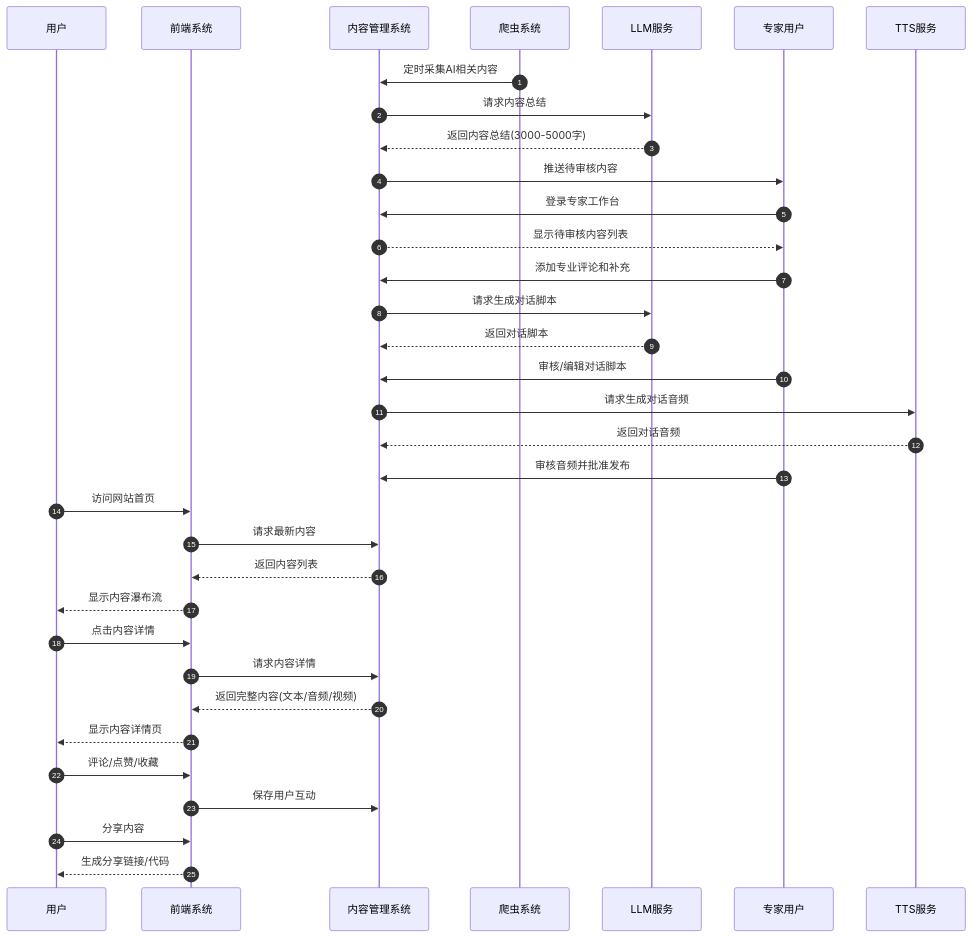
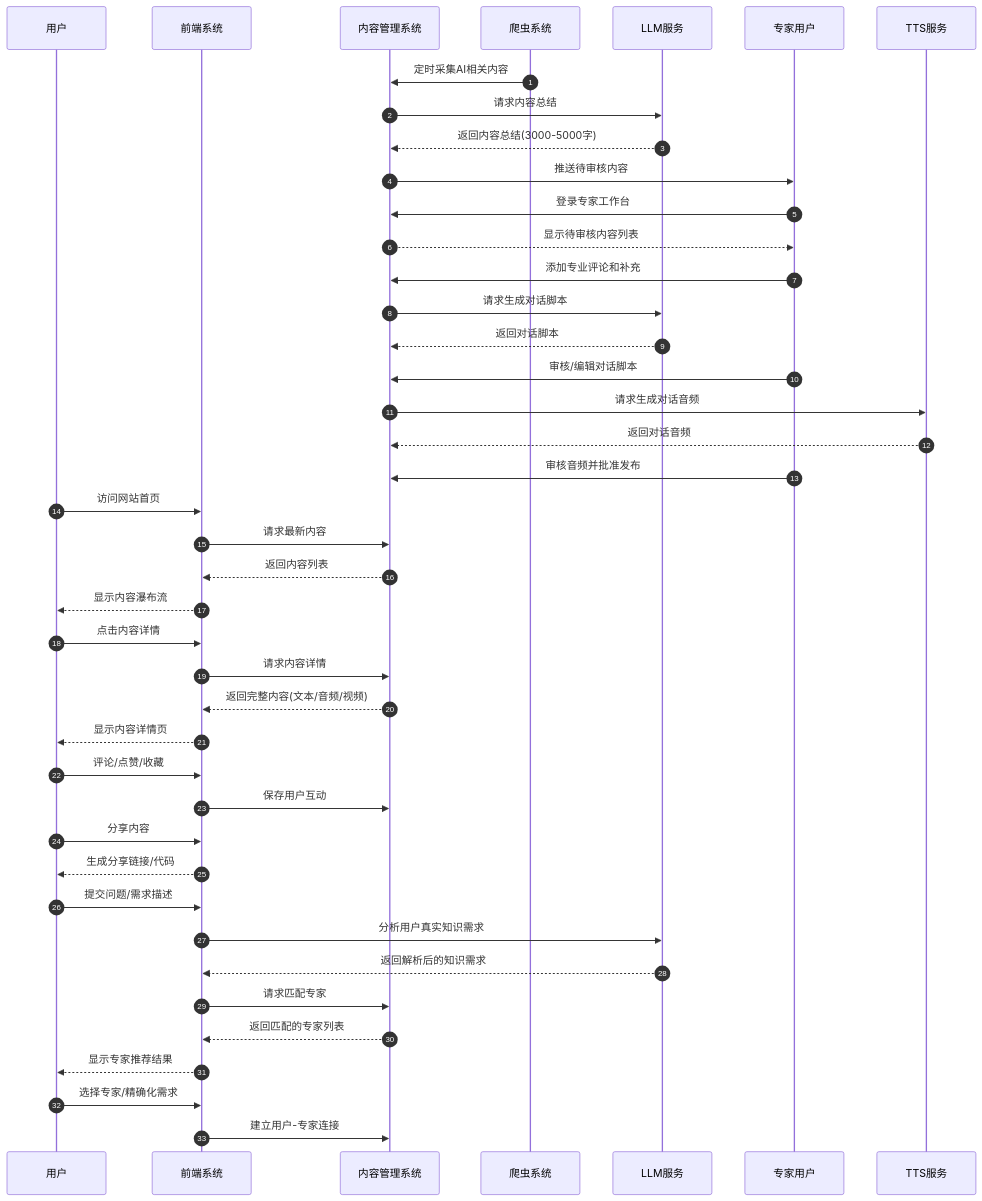
One commit to yguo/brick_talk changed the second of 4 diagrams in instructions/project_outline.md. Above: the diagram before and after it, drawn with Mermaid. The commit also changed other lines of this file and 1 other file, not shown here.

````diff
--- a/instructions/project_outline.md
+++ b/instructions/project_outline.md
@@ -277,44 +292,54 @@
 ```mermaid
 sequenceDiagram
     autonumber
     participant 用户
     participant 前端系统
     participant 内容管理系统
     participant 爬虫系统
     participant LLM服务
     participant 专家用户
     participant TTS服务
     
     %% 内容采集与处理流程
     爬虫系统->>内容管理系统: 定时采集AI相关内容
     内容管理系统->>LLM服务: 请求内容总结
     LLM服务-->>内容管理系统: 返回内容总结(3000-5000字)
     内容管理系统->>专家用户: 推送待审核内容
     
     %% 专家审核流程
     专家用户->>内容管理系统: 登录专家工作台
     内容管理系统-->>专家用户: 显示待审核内容列表
     专家用户->>内容管理系统: 添加专业评论和补充
     内容管理系统->>LLM服务: 请求生成对话脚本
     LLM服务-->>内容管理系统: 返回对话脚本
     专家用户->>内容管理系统: 审核/编辑对话脚本
     内容管理系统->>TTS服务: 请求生成对话音频
     TTS服务-->>内容管理系统: 返回对话音频
     专家用户->>内容管理系统: 审核音频并批准发布
     
     %% 用户浏览流程
     用户->>前端系统: 访问网站首页
     前端系统->>内容管理系统: 请求最新内容
     内容管理系统-->>前端系统: 返回内容列表
     前端系统-->>用户: 显示内容瀑布流
     用户->>前端系统: 点击内容详情
     前端系统->>内容管理系统: 请求内容详情
     内容管理系统-->>前端系统: 返回完整内容(文本/音频/视频)
     前端系统-->>用户: 显示内容详情页
     
     %% 用户互动流程
     用户->>前端系统: 评论/点赞/收藏
     前端系统->>内容管理系统: 保存用户互动
     用户->>前端系统: 分享内容
     前端系统-->>用户: 生成分享链接/代码
+    
+    %% 专家匹配流程
+    用户->>前端系统: 提交问题/需求描述
+    前端系统->>LLM服务: 分析用户真实知识需求
+    LLM服务-->>前端系统: 返回解析后的知识需求
+    前端系统->>内容管理系统: 请求匹配专家
+    内容管理系统-->>前端系统: 返回匹配的专家列表
+    前端系统-->>用户: 显示专家推荐结果
+    用户->>前端系统: 选择专家/精确化需求
+    前端系统->>内容管理系统: 建立用户-专家连接
 ```
````
